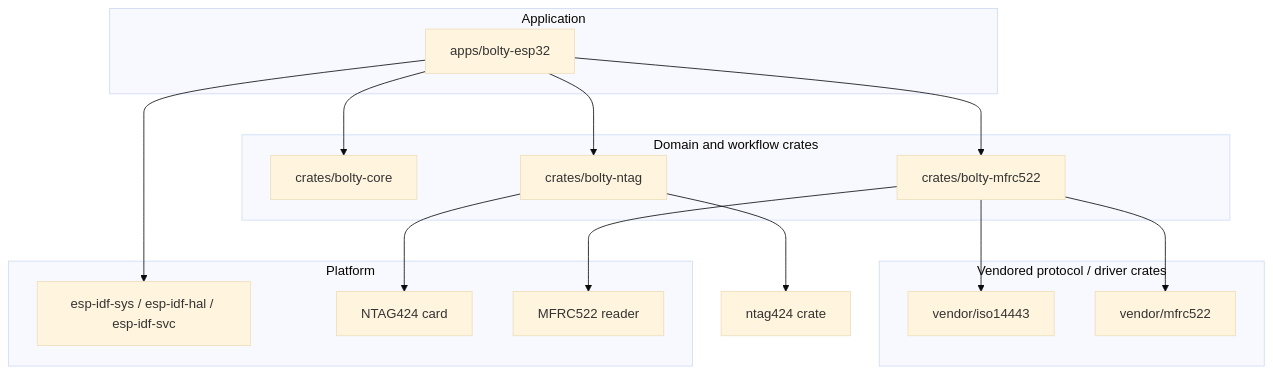
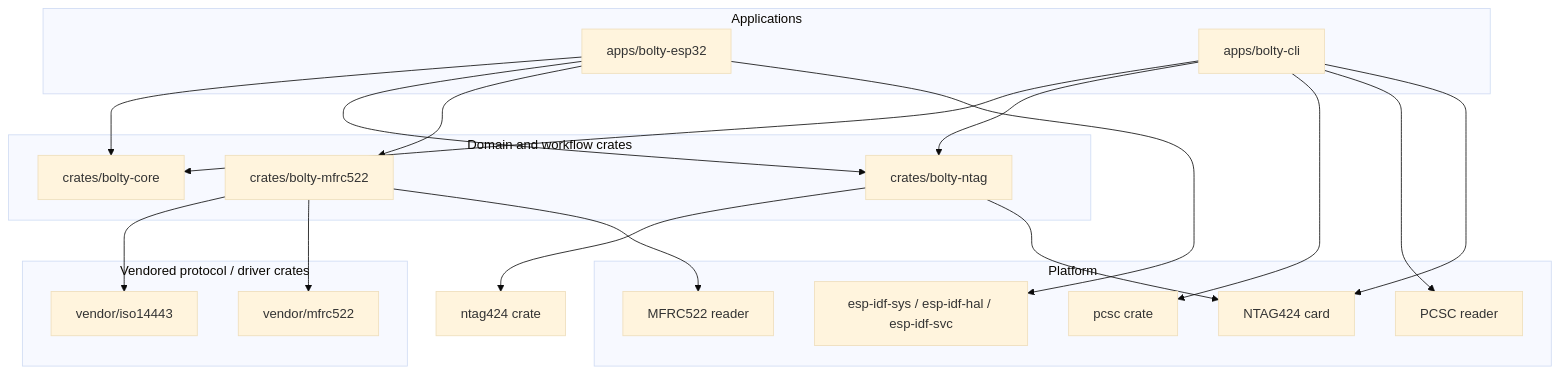
The first of 2 diagrams in docs/architecture.md (Amperstrand/bolty-rs), drawn with Mermaid (base theme) before and after one commit. The commit also changed other lines of this file and 5 other files, not shown here.

````diff
--- a/docs/architecture.md
+++ b/docs/architecture.md
@@ -7,33 +7,41 @@
 ```mermaid
 flowchart TD
-    subgraph app[Application]
+    subgraph apps[Applications]
         fw[apps/bolty-esp32]
+        cli[apps/bolty-cli]
     end
 
     subgraph domain[Domain and workflow crates]
         core[crates/bolty-core]
         ntag[crates/bolty-ntag]
         mfrc[crates/bolty-mfrc522]
     end
 
     subgraph vendor[Vendored protocol / driver crates]
         iso[vendor/iso14443]
         raw[vendor/mfrc522]
     end
 
     subgraph platform[Platform]
         idf[esp-idf-sys / esp-idf-hal / esp-idf-svc]
+        pcsc[pcsc crate]
         card[NTAG424 card]
         reader[MFRC522 reader]
+        creader[PCSC reader]
     end
 
     fw --> core
     fw --> ntag
     fw --> mfrc
     fw --> idf
+    cli --> core
+    cli --> ntag
+    cli --> pcsc
     ntag --> ntag424[ntag424 crate]
     mfrc --> iso
     mfrc --> raw
     ntag --> card
     mfrc --> reader
+    cli --> creader
+    cli --> card
 ```
````
